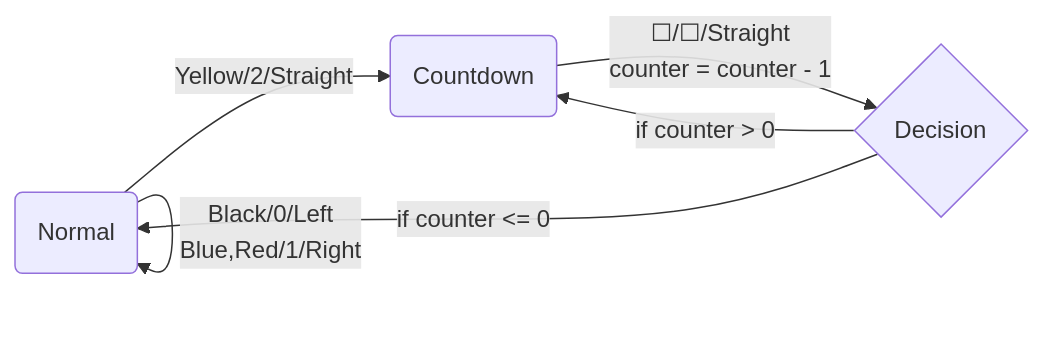
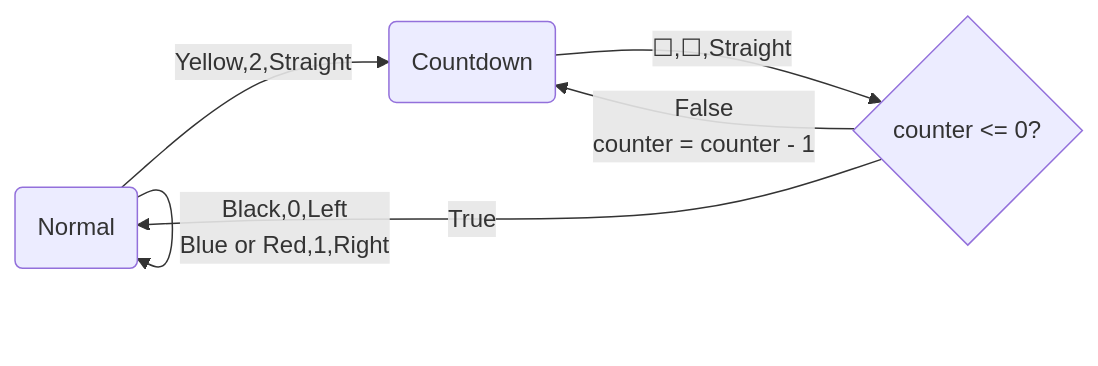
One commit to ben-my-to/portme changed the diagram in content/posts/larks-ant-project.md. Above: the diagram before and after it, drawn with Mermaid. The commit also changed other lines of this file and 19 other files, not shown here.

````diff
--- a/content/posts/larks-ant-project.md
+++ b/content/posts/larks-ant-project.md
@@ -213,8 +213,8 @@
 ```mermaid
 flowchart LR
-    A(Normal) -->|Yellow/2/Straight| B(Countdown)
-    A --> |Black/0/Left<br>Blue,Red/1/Right| A
-    B --> |☐/☐/Straight<br>counter = counter - 1| C{Decision}
-    C -->|if counter > 0| B
-    C -->|if counter <= 0| A
+    A(Normal) -->|Yellow,2,Straight| B(Countdown)
+    A --> |Black,0,Left<br>Blue or Red,1,Right| A
+    B --> |☐,☐,Straight| C{counter <= 0?}
+    C -->|False<br>counter = counter - 1| B
+    C -->|True| A
 ```
````
